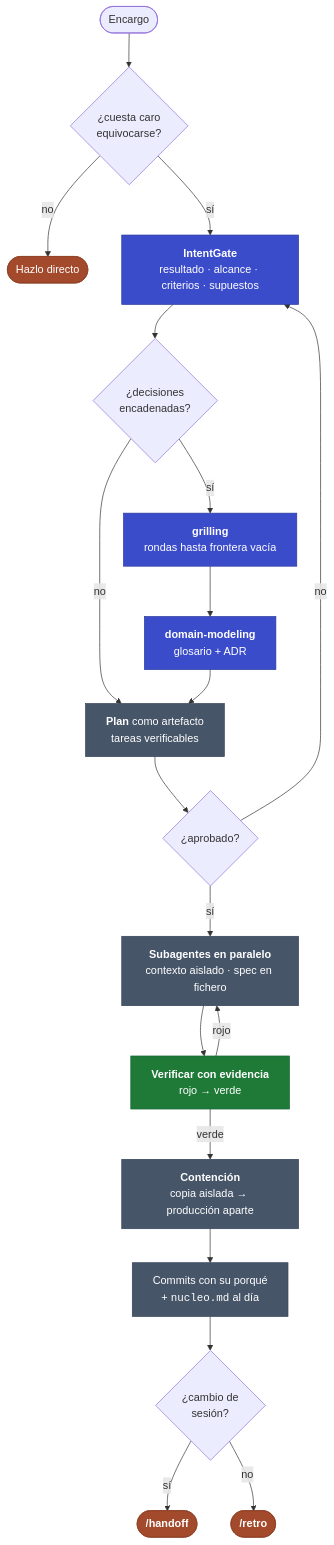
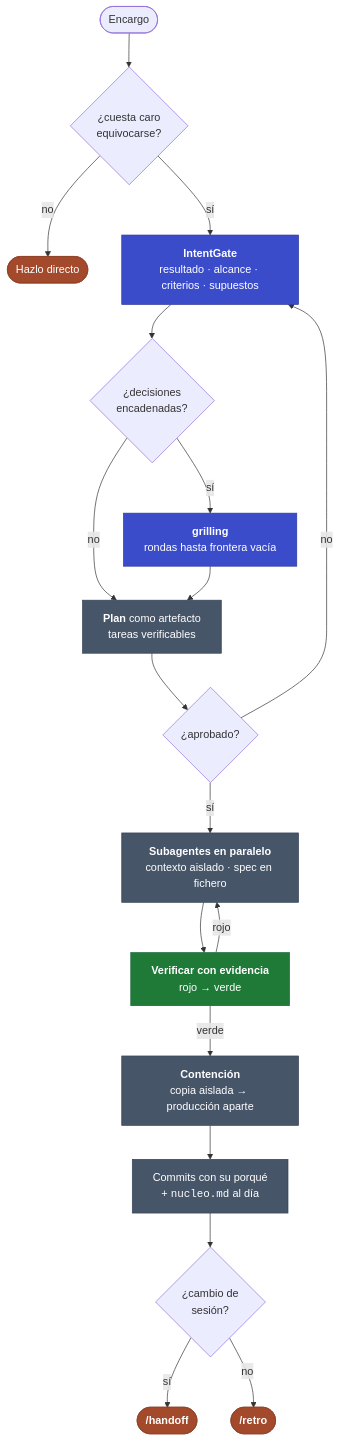
The diagram in kit/docs/12-metodologia.md (manuelcozar55/setup-claude-code), drawn with Mermaid before and after one commit. The commit also changed other lines of this file and 11 other files, not shown here.

First line of the commit message:
Retirar la skill domain-modeling del kit

````diff
--- a/kit/docs/12-metodologia.md
+++ b/kit/docs/12-metodologia.md
@@ -8,30 +8,29 @@
 ```mermaid
 flowchart TD
     E(["Encargo"]) --> R{"¿cuesta caro<br/>equivocarse?"}
     R -->|"no"| D(["Hazlo directo"])
     R -->|"sí"| IG["<b>IntentGate</b><br/>resultado · alcance · criterios · supuestos"]
     IG --> GR{"¿decisiones<br/>encadenadas?"}
     GR -->|"sí"| GL["<b>grilling</b><br/>rondas hasta frontera vacía"]
-    GL --> DM["<b>domain-modeling</b><br/>glosario + ADR"]
     GR -->|"no"| PL
-    DM --> PL["<b>Plan</b> como artefacto<br/>tareas verificables"]
+    GL --> PL["<b>Plan</b> como artefacto<br/>tareas verificables"]
     PL --> AP{"¿aprobado?"}
     AP -->|"no"| IG
     AP -->|"sí"| SA["<b>Subagentes en paralelo</b><br/>contexto aislado · spec en fichero"]
     SA --> VE["<b>Verificar con evidencia</b><br/>rojo → verde"]
     VE -->|"rojo"| SA
     VE -->|"verde"| CO["<b>Contención</b><br/>copia aislada → producción aparte"]
     CO --> CL["Commits con su porqué<br/>+ <code>nucleo.md</code> al día"]
     CL --> CI{"¿cambio de<br/>sesión?"}
     CI -->|"sí"| HO(["<b>/handoff</b>"])
     CI -->|"no"| RT(["<b>/retro</b>"])
 
     classDef puerta fill:#3B4CCA,stroke:#2A379B,color:#FFFFFF
     classDef paso fill:#475569,stroke:#334155,color:#FFFFFF
     classDef evid fill:#1F7A38,stroke:#166534,color:#FFFFFF
     classDef fin fill:#A34A2C,stroke:#8F4026,color:#FFFFFF
     class IG,GL,DM puerta
     class PL,SA,CO,CL paso
     class VE evid
     class HO,RT,D fin
 ```
````
